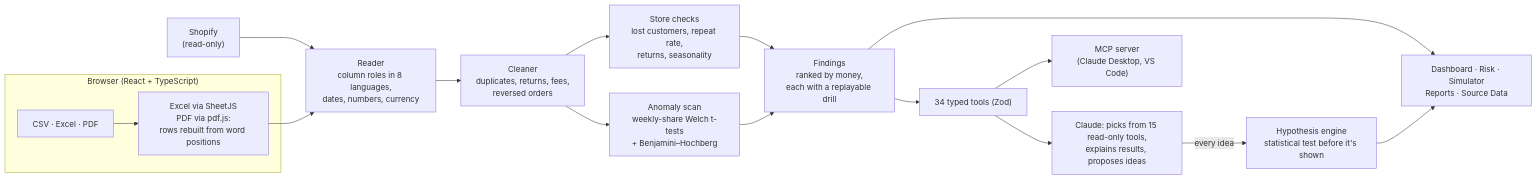
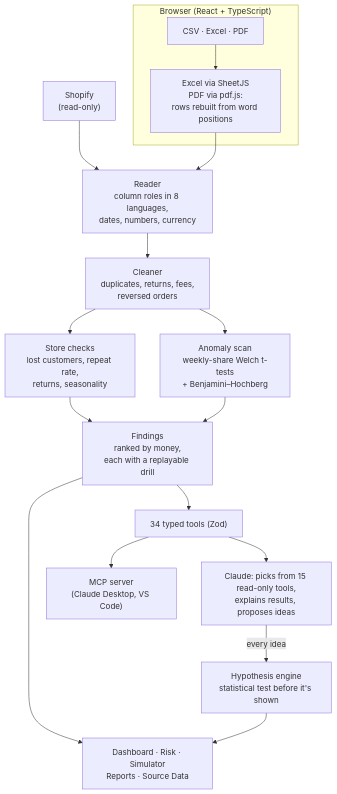
Before and after one commit to Sidd-solves/Blindspot-2: the diagram in README.md, drawn with Mermaid.

Commit message:
README: top-to-bottom diagram so labels stay readable on GitHub

````diff
--- a/README.md
+++ b/README.md
@@ -25,19 +25,19 @@
 ```mermaid
-flowchart LR
+flowchart TD
   subgraph Browser["Browser (React + TypeScript)"]
     F["CSV · Excel · PDF"] --> X["Excel via SheetJS<br/>PDF via pdf.js:<br/>rows rebuilt from word positions"]
   end
   S["Shopify<br/>(read-only)"] --> R
   X --> R["Reader<br/>column roles in 8 languages,<br/>dates, numbers, currency"]
   R --> C["Cleaner<br/>duplicates, returns, fees,<br/>reversed orders"]
   C --> K["Store checks<br/>lost customers, repeat rate,<br/>returns, seasonality"]
   C --> A["Anomaly scan<br/>weekly-share Welch t-tests<br/>+ Benjamini–Hochberg"]
   K --> FD["Findings<br/>ranked by money,<br/>each with a replayable drill"]
   A --> FD
   FD --> UI["Dashboard · Risk · Simulator<br/>Reports · Source Data"]
   FD --> T["34 typed tools (Zod)"]
   T --> AI["Claude: picks from 15 read-only tools,<br/>explains results, proposes ideas"]
   AI -- "every idea" --> H["Hypothesis engine<br/>statistical test before it's shown"]
   H --> UI
   T --> MCP["MCP server<br/>(Claude Desktop, VS Code)"]
 ```
````
